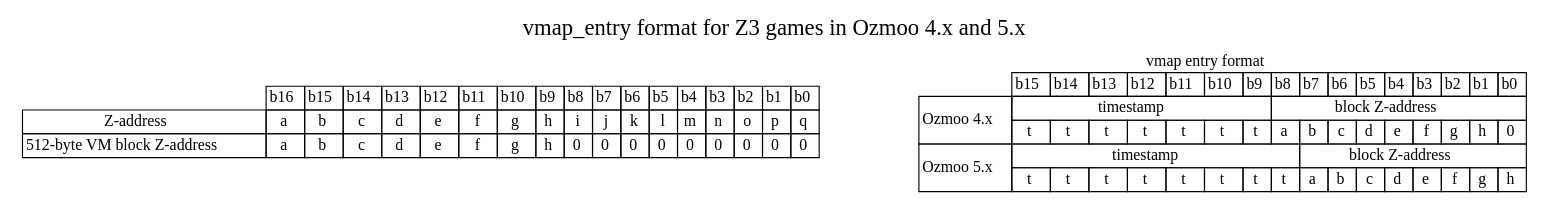
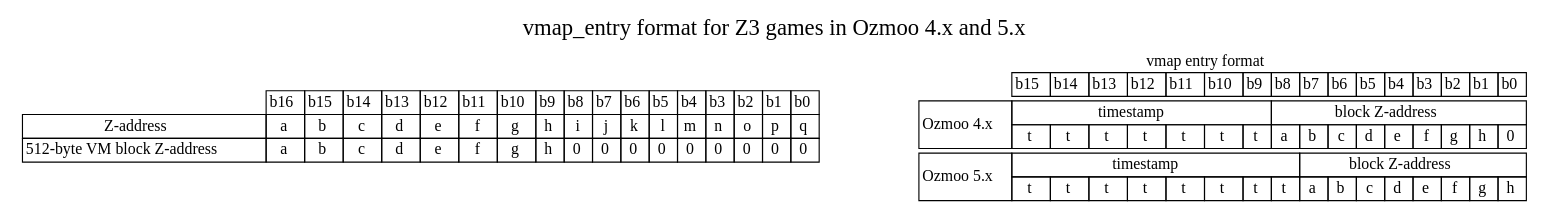
The diagram in documentation/techdocs/vm-address.dot (ZornsLemma/ozmoo), drawn with Graphviz before and after one commit.

Commit message:
WIP diagram

```diff
--- a/documentation/techdocs/vm-address.dot
+++ b/documentation/techdocs/vm-address.dot
@@ -1,143 +1,149 @@
 digraph memory {
     graph [nodesep=1, label="vmap_entry format for Z3 games in Ozmoo 4.x and 5.x", fontsize=20, labelloc=t];
     forcelabels=true;
     node [shape=plaintext];
 
     zaddress [label=<
     <table border="0" cellborder="1" cellspacing="0">
         <tr>
 	    <td border="0"></td>
 	    <td>b16</td>
 	    <td>b15</td>
 	    <td>b14</td>
 	    <td>b13</td>
 	    <td>b12</td>
 	    <td>b11</td>
 	    <td>b10</td>
 	    <td>b9</td>
 	    <td>b8</td>
 	    <td>b7</td>
 	    <td>b6</td>
 	    <td>b5</td>
 	    <td>b4</td>
 	    <td>b3</td>
 	    <td>b2</td>
 	    <td>b1</td>
 	    <td>b0</td>
 	</tr>
 	<tr>
 	    <td>Z-address</td>
 	    <td>a</td>
 	    <td>b</td>
 	    <td>c</td>
 	    <td>d</td>
 	    <td>e</td>
 	    <td>f</td>
 	    <td>g</td>
 	    <td>h</td>
 	    <td>i</td>
 	    <td>j</td>
 	    <td>k</td>
 	    <td>l</td>
 	    <td>m</td>
 	    <td>n</td>
 	    <td>o</td>
 	    <td>p</td>
 	    <td>q</td>
 	</tr>
 	<tr>
 	    <td>512-byte VM block Z-address</td>
 	    <td>a</td>
 	    <td>b</td>
 	    <td>c</td>
 	    <td>d</td>
 	    <td>e</td>
 	    <td>f</td>
 	    <td>g</td>
 	    <td>h</td>
 	    <td>0</td>
 	    <td>0</td>
 	    <td>0</td>
 	    <td>0</td>
 	    <td>0</td>
 	    <td>0</td>
 	    <td>0</td>
 	    <td>0</td>
 	    <td>0</td>
 	</tr>
     </table>>];
 
     vmap4 [label=<
     <table border="0" cellborder="1" cellspacing="0">
 	<tr>
 	    <td colspan="17" border="0">vmap entry format</td>
 	</tr>
 	<tr>
 	    <td border="0"></td>
 	    <td>b15</td>
 	    <td>b14</td>
 	    <td>b13</td>
 	    <td>b12</td>
 	    <td>b11</td>
 	    <td>b10</td>
 	    <td>b9</td>
 	    <td>b8</td>
 	    <td>b7</td>
 	    <td>b6</td>
 	    <td>b5</td>
 	    <td>b4</td>
 	    <td>b3</td>
 	    <td>b2</td>
 	    <td>b1</td>
 	    <td>b0</td>
 	</tr>
+	<tr cellspacing="10">
+	    <td colspan="17" border="0"></td>
+	</tr>
 	<tr>
 	    <td rowspan="2">Ozmoo 4.x</td>
 	    <td colspan="7">timestamp</td>
 	    <td colspan="9">block Z-address</td>
 	</tr>
 	<tr>
 	    <td>t</td>
 	    <td>t</td>
 	    <td>t</td>
 	    <td>t</td>
 	    <td>t</td>
 	    <td>t</td>
 	    <td>t</td>
 	    <td>a</td>
 	    <td>b</td>
 	    <td>c</td>
 	    <td>d</td>
 	    <td>e</td>
 	    <td>f</td>
 	    <td>g</td>
 	    <td>h</td>
 	    <td>0</td>
+	</tr>
+	<tr cellspacing="10">
+	    <td colspan="17" border="0"></td>
 	</tr>
 	<tr>
 	    <td rowspan="2">Ozmoo 5.x</td>
 	    <td colspan="8">timestamp</td>
 	    <td colspan="8">block Z-address</td>
 	</tr>
 	<tr>
 	    <td>t</td>
 	    <td>t</td>
 	    <td>t</td>
 	    <td>t</td>
 	    <td>t</td>
 	    <td>t</td>
 	    <td>t</td>
 	    <td>t</td>
 	    <td>a</td>
 	    <td>b</td>
 	    <td>c</td>
 	    <td>d</td>
 	    <td>e</td>
 	    <td>f</td>
 	    <td>g</td>
 	    <td>h</td>
 	</tr>
     </table>>];
 }
 
 # vi: sw=4 sts=4
```
